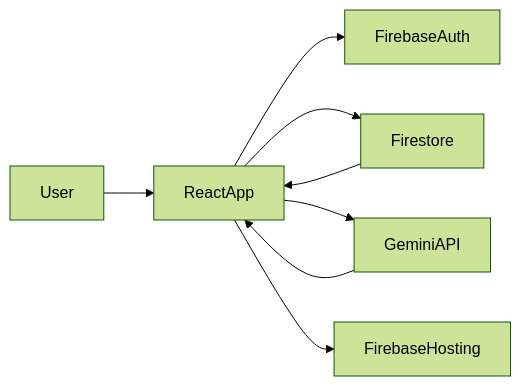
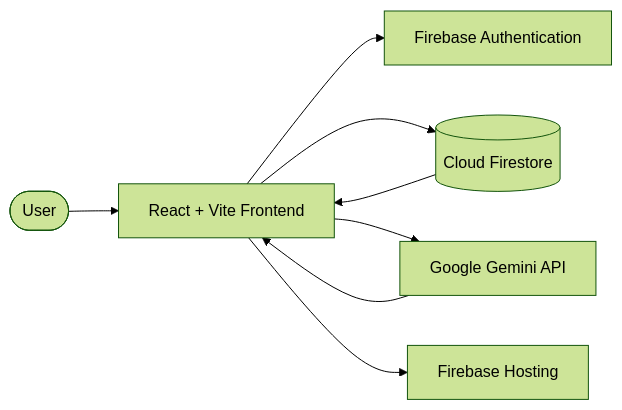
One commit to jayesh-tayade/hackathon changed the diagram in README.md. Above: the diagram before and after it, drawn with Mermaid (forest theme). The commit also changed other lines of this file, not shown here.

Commit message:
small changes in README

````diff
--- a/README.md
+++ b/README.md
@@ -130,17 +130,25 @@
 ```mermaid
 flowchart LR
 
-User --> ReactApp
+    User([User])
 
-ReactApp --> FirebaseAuth
+    React[React + Vite Frontend]
 
-ReactApp --> Firestore
+    Auth[Firebase Authentication]
 
-ReactApp --> GeminiAPI
+    Firestore[(Cloud Firestore)]
 
-Firestore --> ReactApp
+    Gemini[Google Gemini API]
 
-GeminiAPI --> ReactApp
+    Hosting[Firebase Hosting]
 
-ReactApp --> FirebaseHosting
+    User --> React
+    React --> Auth
+    React --> Firestore
+    React --> Gemini
+
+    Firestore --> React
+    Gemini --> React
+
+    React --> Hosting
 ```
````
